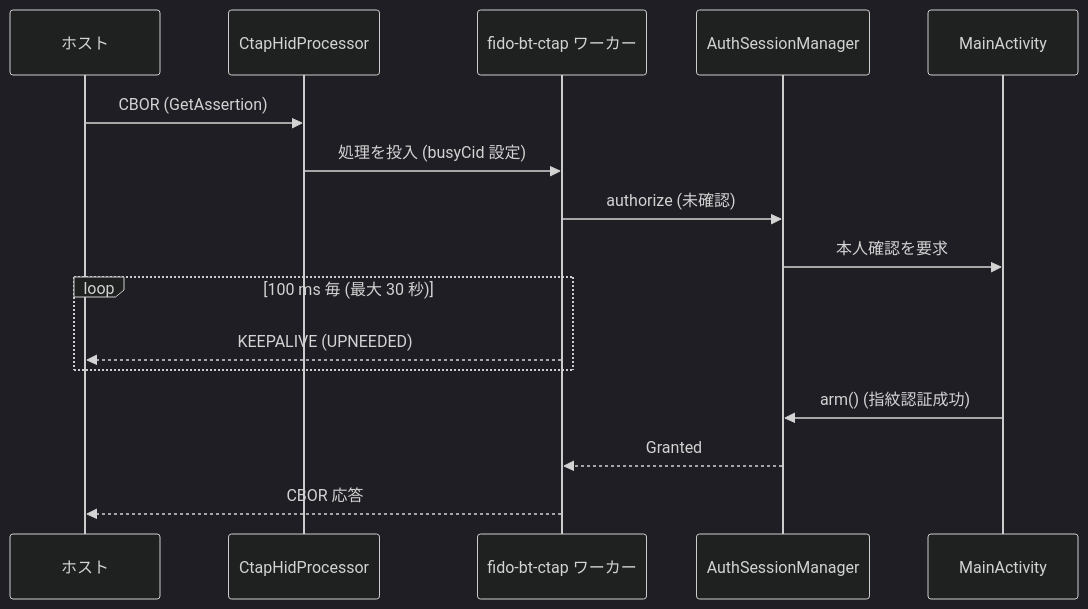
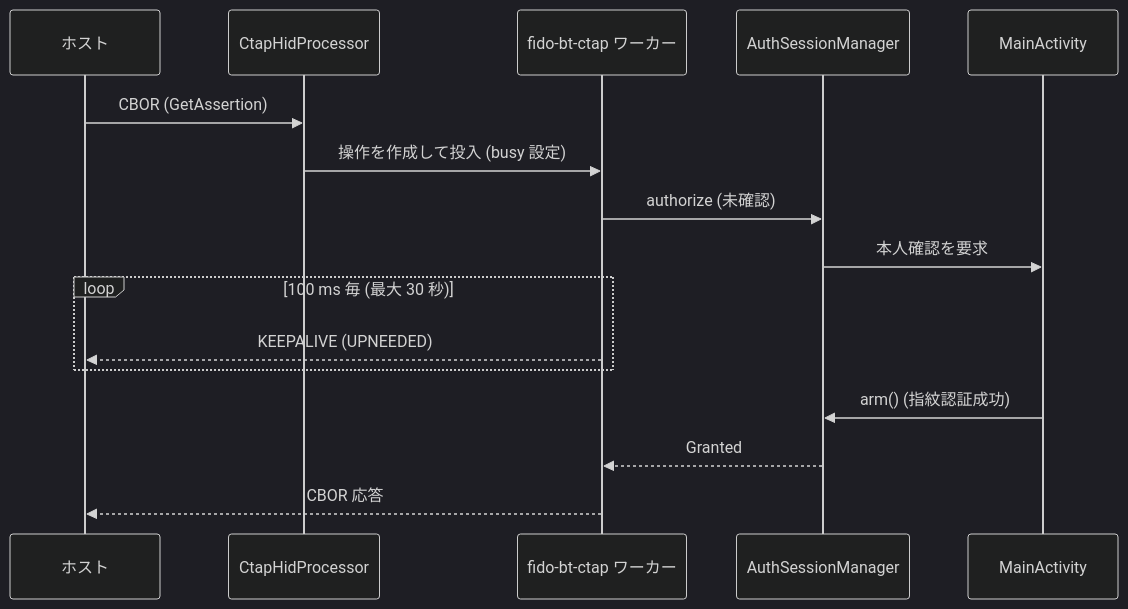
One commit to tecogonaz0439/TCAndroidKey changed the diagram in docs/design/detail/03_bluetooth-hid.md. Above: the diagram before and after it, drawn with Mermaid (dark theme). The commit also changed other lines of this file and 19 other files, not shown here.

````diff
--- a/docs/design/detail/03_bluetooth-hid.md
+++ b/docs/design/detail/03_bluetooth-hid.md
@@ -91,18 +104,18 @@
 ```mermaid
 sequenceDiagram
     participant H as ホスト
     participant P as CtapHidProcessor
     participant W as fido-bt-ctap ワーカー
     participant S as AuthSessionManager
     participant UI as MainActivity
     H->>P: CBOR (GetAssertion)
-    P->>W: 処理を投入 (busyCid 設定)
+    P->>W: 操作を作成して投入 (busy 設定)
     W->>S: authorize (未確認)
     S->>UI: 本人確認を要求
     loop 100 ms 毎 (最大 30 秒)
         W-->>H: KEEPALIVE (UPNEEDED)
     end
     UI->>S: arm() (指紋認証成功)
     S-->>W: Granted
     W-->>H: CBOR 応答
 ```
````
